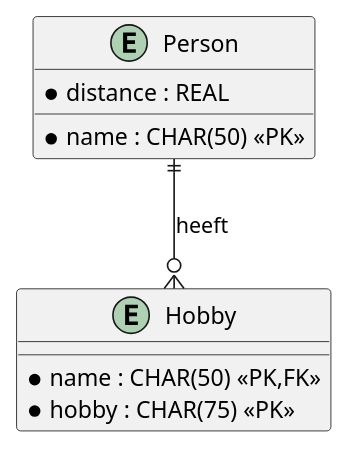
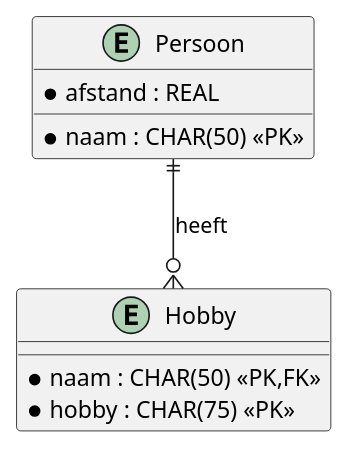
Before and after one commit to bartvanderwal/P1-Eindapplicatie: the diagram in documentatie/SDD/ERD.puml, drawn with PlantUML. The commit also changed 1 other file, not shown here.

```diff
--- a/documentatie/SDD/ERD.puml
+++ b/documentatie/SDD/ERD.puml
@@ -1,13 +1,13 @@
 @startuml
-entity "Person" {
-  * name : CHAR(50) <<PK>>
-  * distance : REAL
+entity "Persoon" {
+  * naam : CHAR(50) <<PK>>
+  * afstand : REAL
 }
 
 entity "Hobby" {
-  * name : CHAR(50) <<PK,FK>>
+  * naam : CHAR(50) <<PK,FK>>
   * hobby : CHAR(75) <<PK>>
 }
 
-Person ||--o{ Hobby : heeft
+Persoon ||--o{ Hobby : heeft
 @enduml
```
